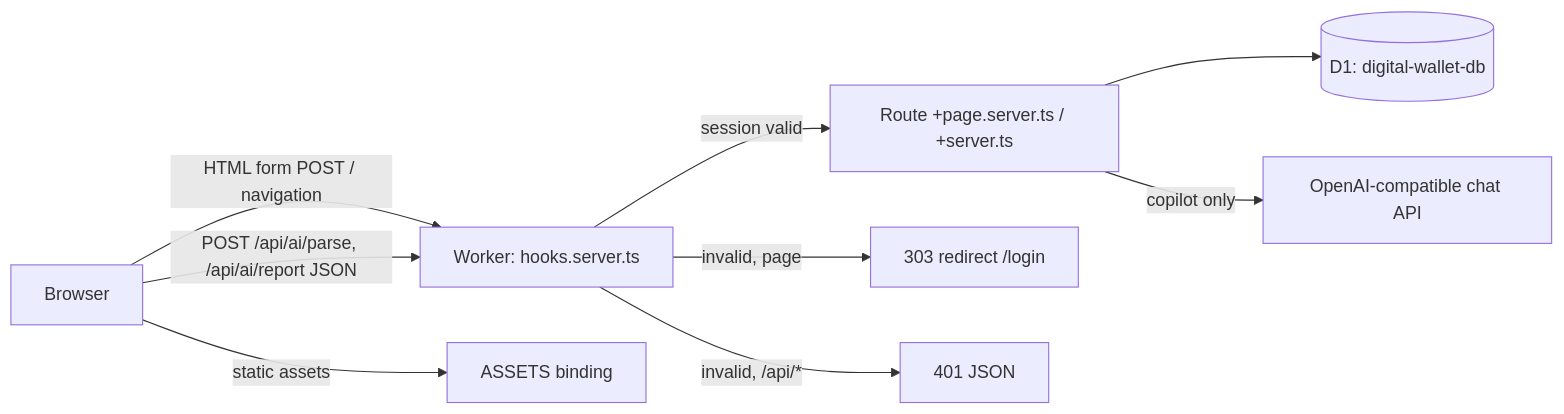
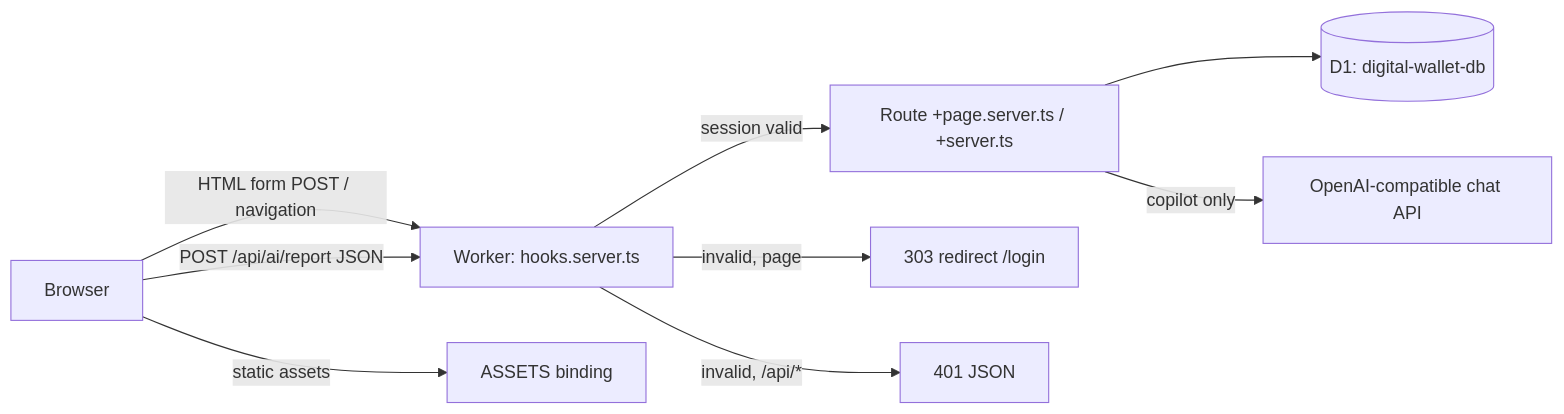
Before and after one commit to PanPanFR/digital-wallet: the diagram in docs/architecture.md, drawn with Mermaid. The commit also changed other lines of this file and 7 other files, not shown here.

````diff
--- a/docs/architecture.md
+++ b/docs/architecture.md
@@ -14,11 +14,11 @@
 ```mermaid
 flowchart LR
     B[Browser] -->|HTML form POST / navigation| H[Worker: hooks.server.ts]
-    B -->|POST /api/ai/parse, /api/ai/report JSON| H
+    B -->|POST /api/ai/report JSON| H
     H -->|session valid| R[Route +page.server.ts / +server.ts]
     H -->|invalid, page| L[303 redirect /login]
     H -->|invalid, /api/*| J[401 JSON]
     R --> D[(D1: digital-wallet-db)]
     R -->|copilot only| A[OpenAI-compatible chat API]
     B -->|static assets| S[ASSETS binding]
 ```
````
